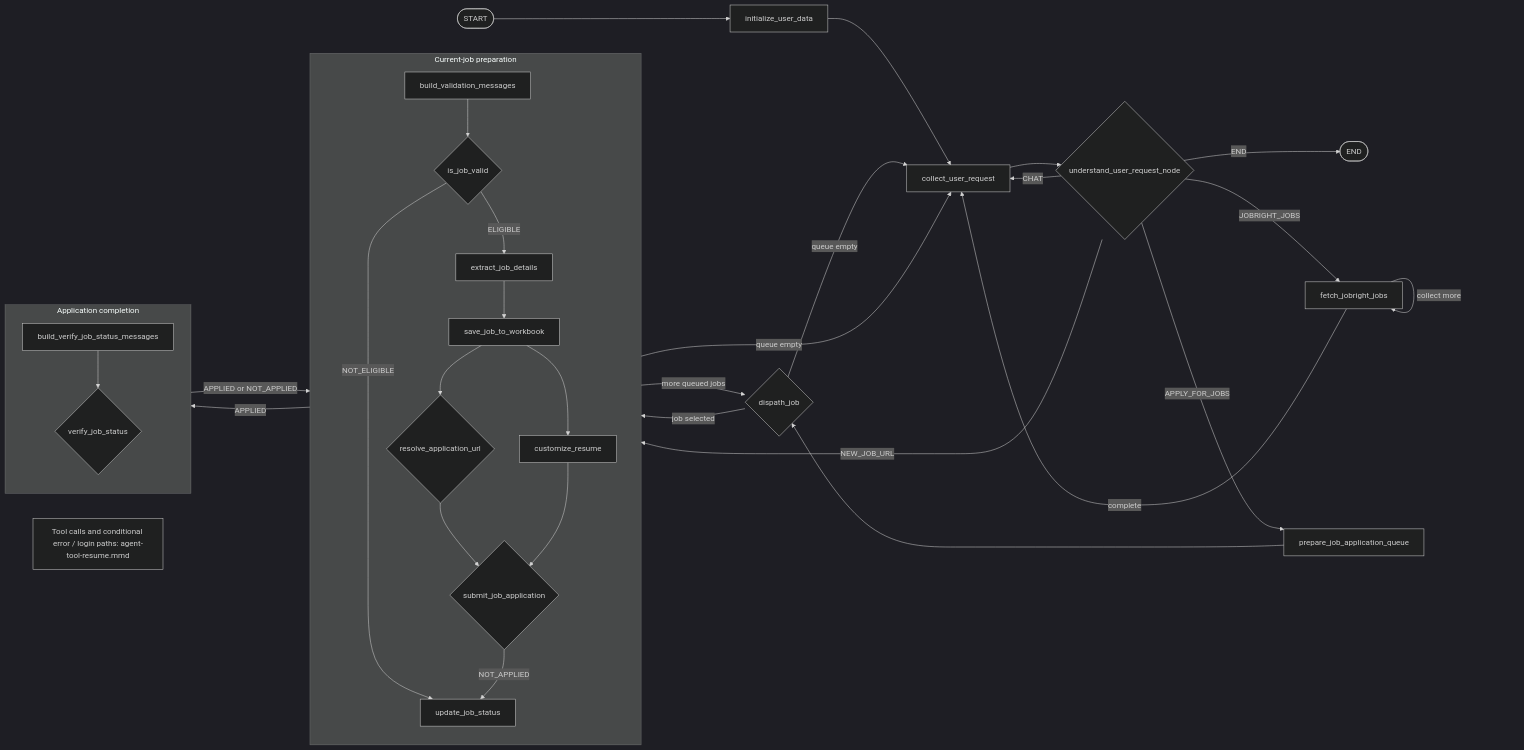
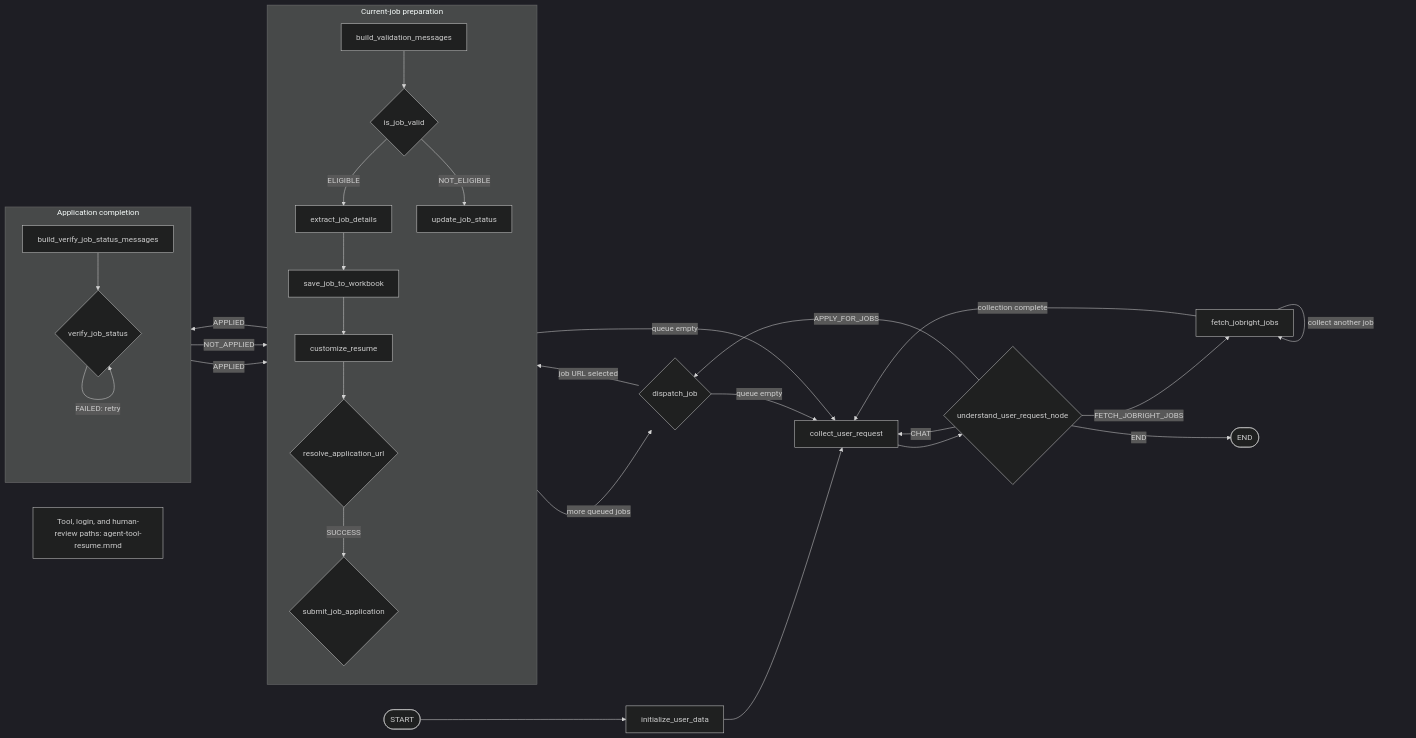
The diagram in docs/agent-graph.mmd (Jaswanth19-596/Autonomous_Job_Application_Agent), drawn with Mermaid (dark theme) before and after one commit. The commit also changed 49 other files, not shown here.

Commit message:
Improved the prompts to customize the resume and answer experience questions

```diff
--- a/docs/agent-graph.mmd
+++ b/docs/agent-graph.mmd
@@ -1,42 +1,41 @@
-%% Agent overview — import this first. Conditional tool paths are separate.
+%% Main LangGraph workflow. Import separately from agent-tool-resume.mmd.
 flowchart LR
-    start([START]) --> init[initialize_user_data]
-    init --> input[collect_user_request]
-    input --> request{understand_user_request_node}
+    start([START]) --> initialize[initialize_user_data]
+    initialize --> collect[collect_user_request]
+    collect --> request{understand_user_request_node}
 
-    request -->|CHAT| input
+    request -->|CHAT| collect
+    request -->|FETCH_JOBRIGHT_JOBS| jobright[fetch_jobright_jobs]
+    request -->|APPLY_FOR_JOBS| dispatch{dispatch_job}
     request -->|END| finish([END])
-    request -->|JOBRIGHT_JOBS| jobright[fetch_jobright_jobs]
-    jobright -->|collect more| jobright
-    jobright -->|complete| input
 
-    request -->|NEW_JOB_URL| validation_context[build_validation_messages]
-    request -->|APPLY_FOR_JOBS| queue[prepare_job_application_queue]
-    queue --> dispatch{dispath_job}
-    dispatch -->|job selected| extract[extract_job_details]
-    dispatch -->|queue empty| input
+    jobright -->|collect another job| jobright
+    jobright -->|collection complete| collect
 
-    subgraph job[Current-job preparation]
+    dispatch -->|job URL selected| validation_context[build_validation_messages]
+    dispatch -->|queue empty| collect
+
+    subgraph preparation[Current-job preparation]
         direction TB
         validation_context --> valid{is_job_valid}
-        valid -->|ELIGIBLE| extract
+        valid -->|ELIGIBLE| extract[extract_job_details]
         valid -->|NOT_ELIGIBLE| status[update_job_status]
         extract --> save[save_job_to_workbook]
-        save --> resolve{resolve_application_url}
         save --> customize[customize_resume]
-        resolve --> apply{submit_job_application}
-        customize --> apply
+        customize --> resolve{resolve_application_url}
+        resolve -->|SUCCESS| apply{submit_job_application}
     end
 
     subgraph completion[Application completion]
         direction TB
         apply -->|APPLIED| verify_context[build_verify_job_status_messages]
         verify_context --> verify{verify_job_status}
-        verify -->|APPLIED or NOT_APPLIED| status
-        apply -->|NOT_APPLIED| status
+        verify -->|APPLIED| status
+        verify -->|NOT_APPLIED| status
+        verify -->|FAILED: retry| verify
     end
 
     status -->|more queued jobs| dispatch
-    status -->|queue empty| input
+    status -->|queue empty| collect
 
-    tool_note["Tool calls and conditional error / login paths: agent-tool-resume.mmd"]
+    tool_note["Tool, login, and human-review paths: agent-tool-resume.mmd"]
```
